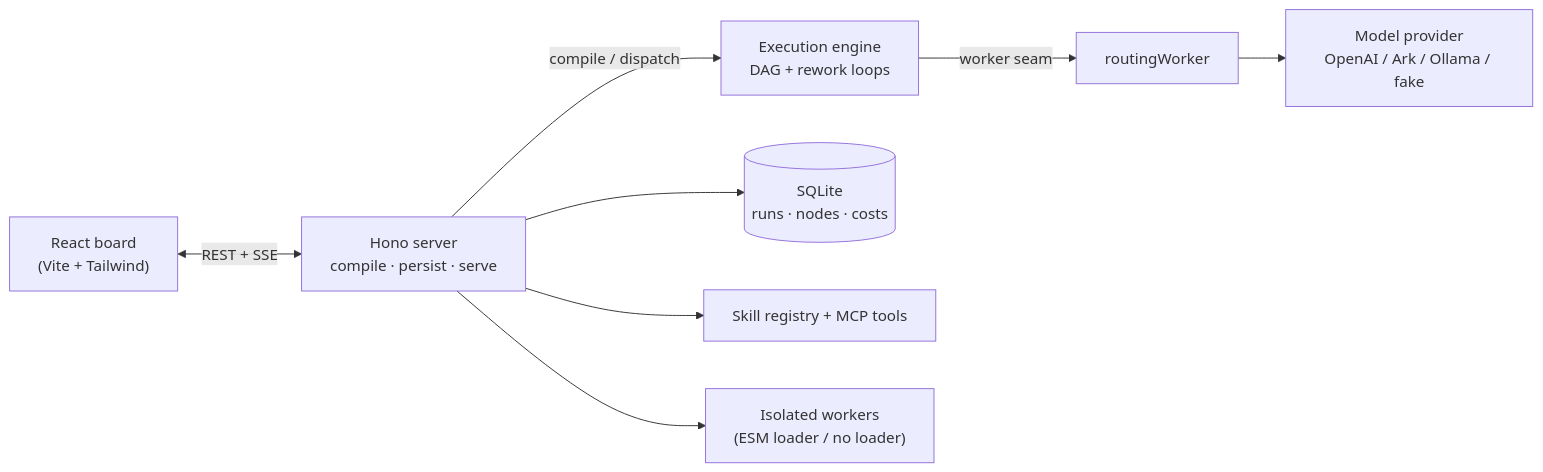
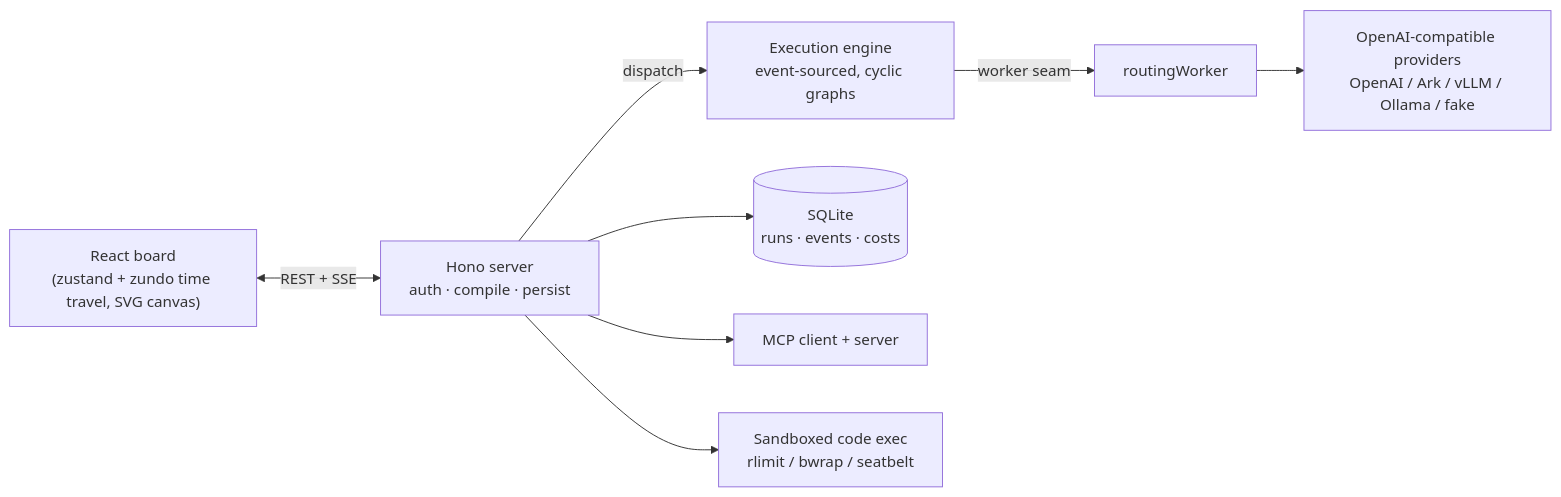
The diagram in README.md (bayernjf/agent-world), drawn with Mermaid before and after one commit. The commit also changed other lines of this file, not shown here.

````diff
--- a/README.md
+++ b/README.md
@@ -91,10 +108,10 @@
 ```mermaid
 flowchart LR
-  web["React board\n(Vite + Tailwind)"] <-->|"REST + SSE"| server["Hono server\ncompile · persist · serve"]
-  server -->|"compile / dispatch"| engine["Execution engine\nDAG + rework loops"]
+  web["React board\n(zustand + zundo time travel, SVG canvas)"] <-->|"REST + SSE"| server["Hono server\nauth · compile · persist"]
+  server -->|"dispatch"| engine["Execution engine\nevent-sourced, cyclic graphs"]
   engine -->|"worker seam"| worker["routingWorker"]
-  worker --> provider["Model provider\nOpenAI / Ark / Ollama / fake"]
-  server --> db[("SQLite\nruns · nodes · costs")]
-  server --> skills["Skill registry + MCP tools"]
-  server --> isolate["Isolated workers\n(ESM loader / no loader)"]
+  worker --> provider["OpenAI-compatible providers\nOpenAI / Ark / vLLM / Ollama / fake"]
+  server --> db[("SQLite\nruns · events · costs")]
+  server --> mcp["MCP client + server"]
+  server --> isolate["Sandboxed code exec\nrlimit / bwrap / seatbelt"]
 ```
````
